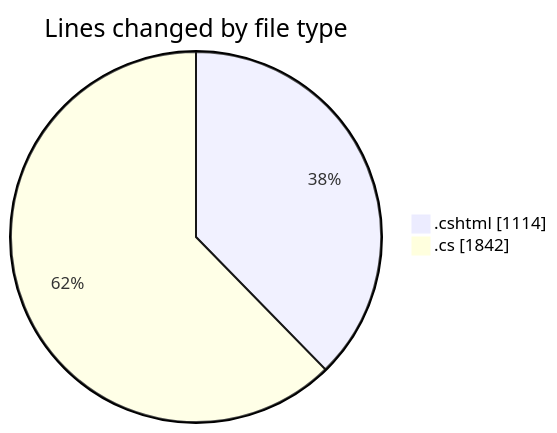
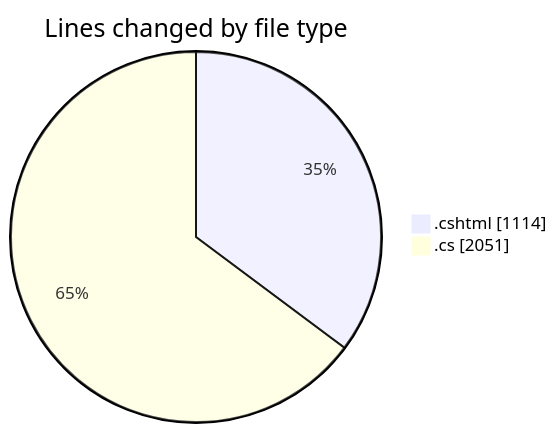
Before and after one commit to lephambinh05/code-tracking: the first of 2 diagrams in 2025-07-17/nhahang/README.md, drawn with Mermaid. The commit also changed other lines of this file and 1 other file, not shown here.

````diff
--- a/2025-07-17/nhahang/README.md
+++ b/2025-07-17/nhahang/README.md
@@ -49,6 +52,6 @@
 ```mermaid
 pie showData
 title Lines changed by file type
 ".cshtml" : 1114
-".cs" : 1842
+".cs" : 2051
 ```
````
